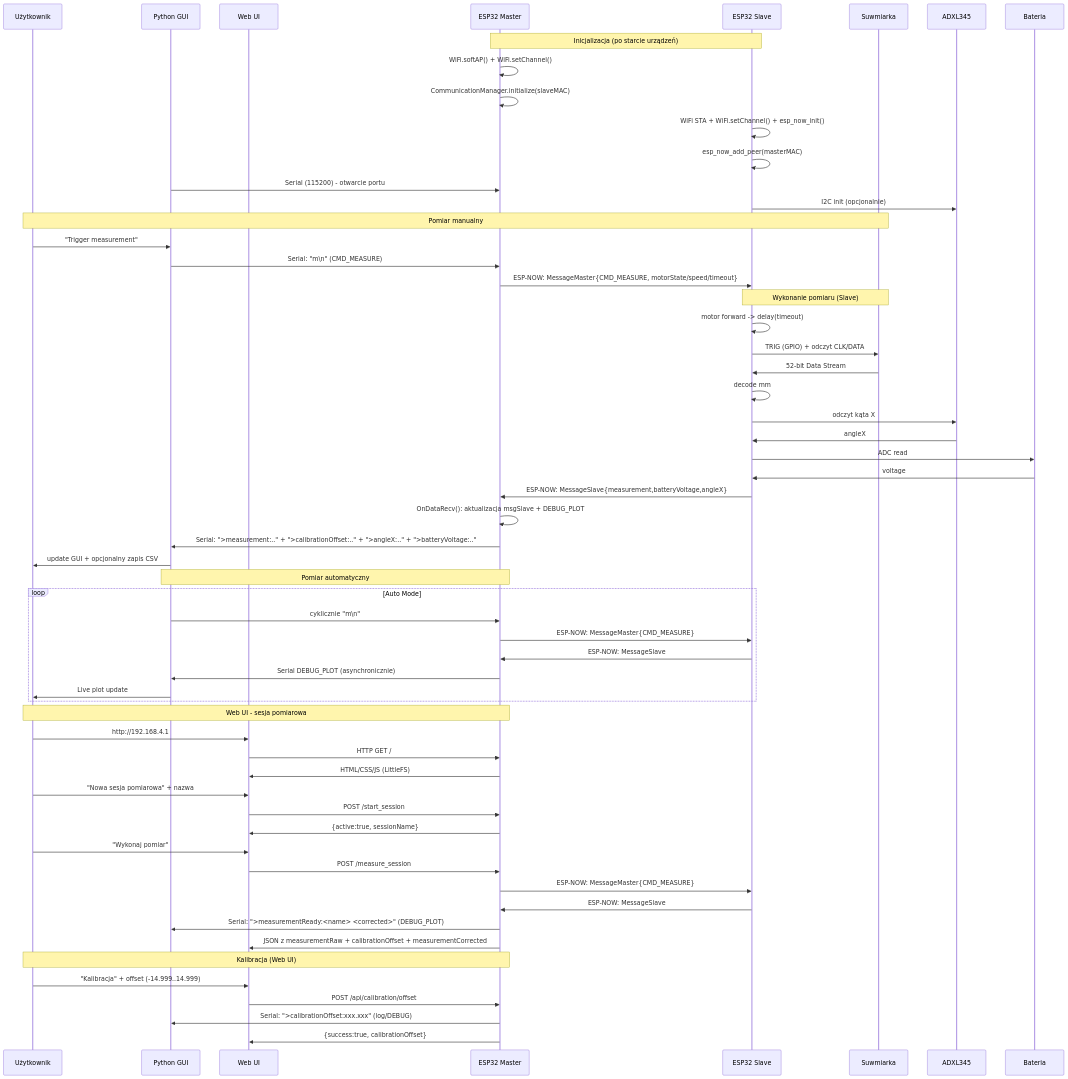
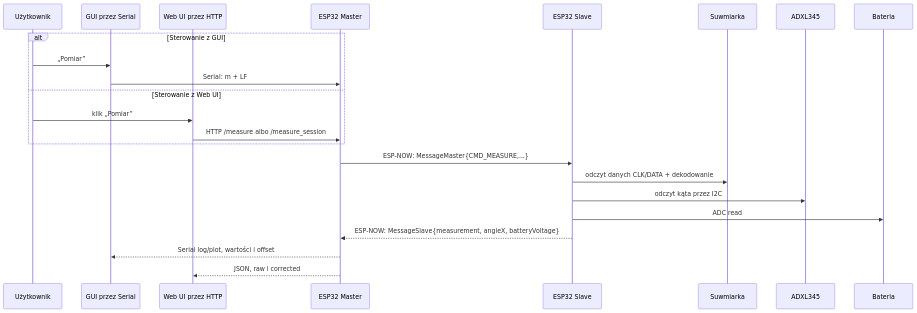
Before and after one commit to ciupakt/caliper: the second of 3 diagrams in README.md, drawn with Mermaid. The commit also changed other lines of this file, not shown here.

````diff
--- a/README.md
+++ b/README.md
@@ -332,67 +64,27 @@
 ```mermaid
 sequenceDiagram
     participant U as Użytkownik
-    participant GUI as Python GUI
-    participant WEB as Web UI
+    participant GUI as GUI przez Serial
+    participant WEB as Web UI przez HTTP
     participant M as ESP32 Master
     participant S as ESP32 Slave
     participant CAL as Suwmiarka
     participant ACC as ADXL345
     participant BAT as Bateria
 
-    Note over M,S: Inicjalizacja (po starcie urządzeń)
-    M->>M: WiFi.softAP() + WiFi.setChannel()
-    M->>M: CommunicationManager.initialize(slaveMAC)
-    S->>S: WiFi STA + WiFi.setChannel() + esp_now_init()
-    S->>S: esp_now_add_peer(masterMAC)
-    GUI->>M: Serial (115200) - otwarcie portu
-    S->>ACC: I2C init (opcjonalnie)
-
-    Note over U,CAL: Pomiar manualny
-    U->>GUI: "Trigger measurement"
-    GUI->>M: Serial: "m\n" (CMD_MEASURE)
-    M->>S: ESP-NOW: MessageMaster{CMD_MEASURE, motorState/speed/timeout}
-
-    Note over S,CAL: Wykonanie pomiaru (Slave)
-    S->>S: motor forward -> delay(timeout)
-    S->>CAL: TRIG (GPIO) + odczyt CLK/DATA
-    CAL->>S: 52-bit Data Stream
-    S->>S: decode mm
-    S->>ACC: odczyt kąta X
-    ACC->>S: angleX
-    S->>BAT: ADC read
-    BAT->>S: voltage
-    S->>M: ESP-NOW: MessageSlave{measurement,batteryVoltage,angleX}
-    M->>M: OnDataRecv(): aktualizacja msgSlave + DEBUG_PLOT
-    M->>GUI: Serial: ">measurement:.." + ">calibrationOffset:.." + ">angleX:.." + ">batteryVoltage:.."
-    GUI->>U: update GUI + opcjonalny zapis CSV
-
-    Note over GUI,M: Pomiar automatyczny
-    loop Auto Mode
-        GUI->>M: cyklicznie "m\n"
-        M->>S: ESP-NOW: MessageMaster{CMD_MEASURE}
-        S->>M: ESP-NOW: MessageSlave
-        M->>GUI: Serial DEBUG_PLOT (asynchronicznie)
-        GUI->>U: Live plot update
+    alt Sterowanie z GUI
+        U->>GUI: „Pomiar”
+        GUI->>M: Serial: m + LF
+    else Sterowanie z Web UI
+        U->>WEB: klik „Pomiar”
+        WEB->>M: HTTP /measure albo /measure_session
     end
 
-    Note over U,M: Web UI - sesja pomiarowa
-    U->>WEB: http://192.168.4.1
-    WEB->>M: HTTP GET /
-    M->>WEB: HTML/CSS/JS (LittleFS)
-    U->>WEB: "Nowa sesja pomiarowa" + nazwa
-    WEB->>M: POST /start_session
-    M->>WEB: {active:true, sessionName}
-    U->>WEB: "Wykonaj pomiar"
-    WEB->>M: POST /measure_session
-    M->>S: ESP-NOW: MessageMaster{CMD_MEASURE}
-    S->>M: ESP-NOW: MessageSlave
-    M->>GUI: Serial: ">measurementReady:<name> <corrected>" (DEBUG_PLOT)
-    M->>WEB: JSON z measurementRaw + calibrationOffset + measurementCorrected
-
-    Note over U,M: Kalibracja (Web UI)
-    U->>WEB: "Kalibracja" + offset (-14.999..14.999)
-    WEB->>M: POST /api/calibration/offset
-    M->>GUI: Serial: ">calibrationOffset:xxx.xxx" (log/DEBUG)
-    M->>WEB: {success:true, calibrationOffset}
+    M->>S: ESP-NOW: MessageMaster{CMD_MEASURE,...}
+    S->>CAL: odczyt danych CLK/DATA + dekodowanie
+    S->>ACC: odczyt kąta przez I2C
+    S->>BAT: ADC read
+    S-->>M: ESP-NOW: MessageSlave{measurement, angleX, batteryVoltage}
+    M-->>GUI: Serial log/plot, wartości i offset
+    M-->>WEB: JSON, raw i corrected
 ```
````
